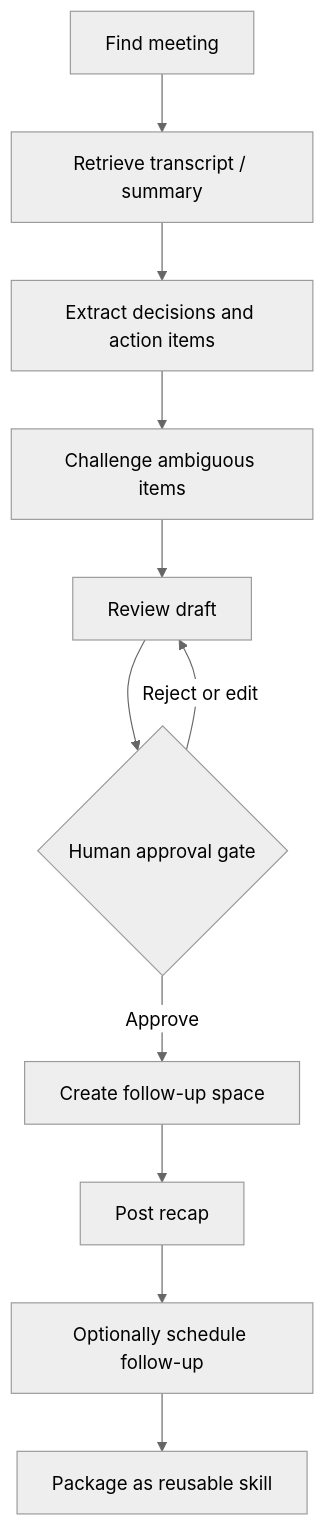
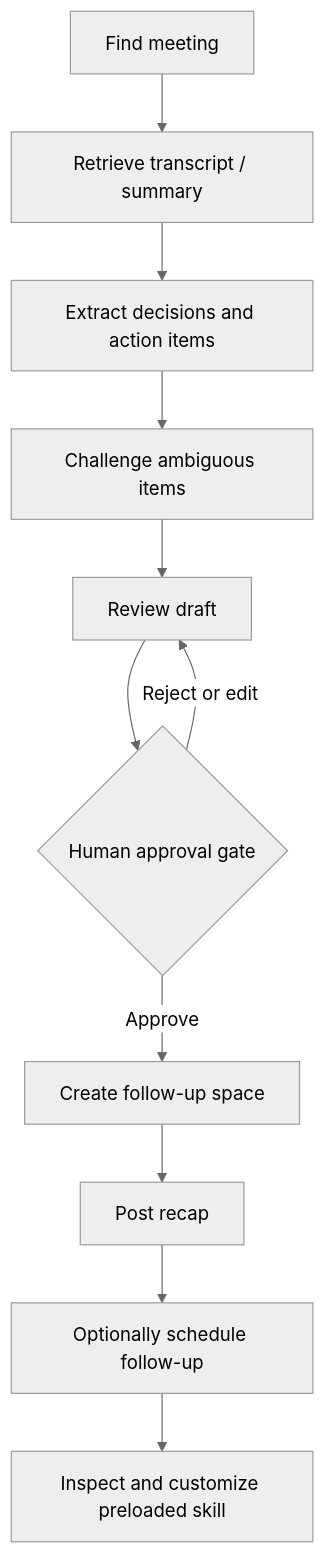
Before and after one commit to WebexOne-MCP-Lab/WebexOne-MCP-Lab.github.io: the diagram in docs/lab3_follow_up.md, drawn with Mermaid (neutral theme). The commit also changed other lines of this file and 27 other files, not shown here.

````diff
--- a/docs/lab3_follow_up.md
+++ b/docs/lab3_follow_up.md
@@ -8,13 +8,13 @@
 ```mermaid
 flowchart TD
     A["Find meeting"] --> B["Retrieve transcript / summary"]
     B --> C["Extract decisions and action items"]
     C --> D["Challenge ambiguous items"]
     D --> E["Review draft"]
     E --> F{"Human approval gate"}
     F -- "Reject or edit" --> E
     F -- "Approve" --> G["Create follow-up space"]
     G --> H["Post recap"]
     H --> I["Optionally schedule follow-up"]
-    I --> J["Package as reusable skill"]
+    I --> J["Inspect and customize preloaded skill"]
 ```
````
